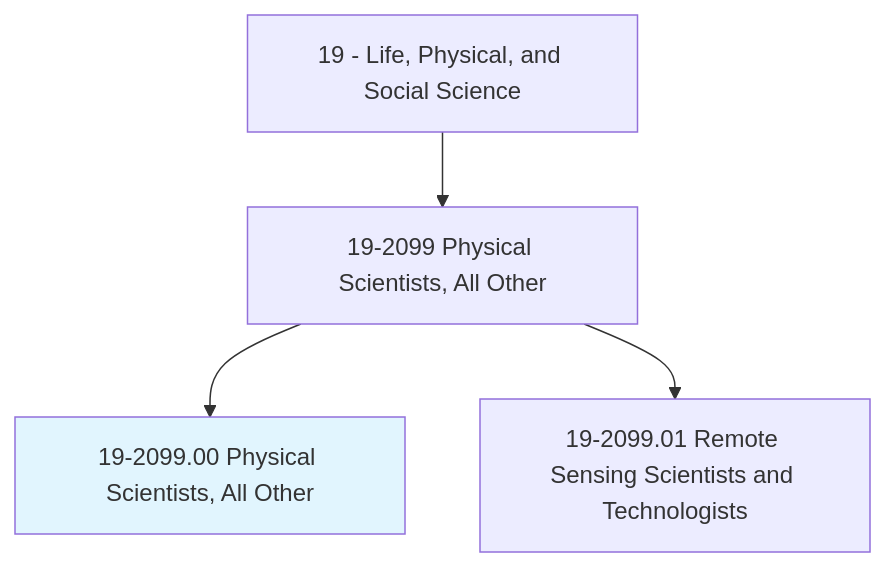
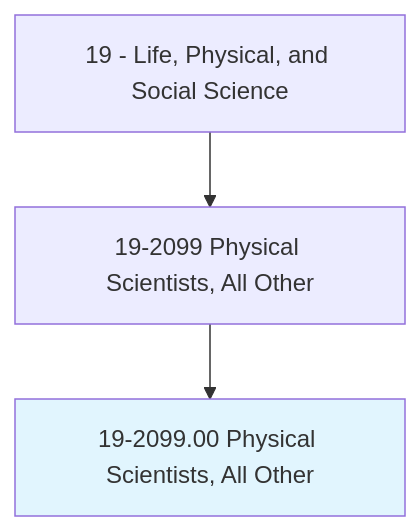
Before and after one commit to kziemski/business.org.ai: the first of 4 diagrams in occupations/Science/PhysicalScientists.mdx, drawn with Mermaid. The commit also changed other lines of this file and 938 other files, not shown here.

````diff
--- a/occupations/Science/PhysicalScientists.mdx
+++ b/occupations/Science/PhysicalScientists.mdx
@@ -19,7 +23,6 @@
 ```mermaid
 graph TD
     Cat19["19 - Life, Physical, and Social Science"] --> Group192099["19-2099 Physical Scientists, All Other"]
     Group192099 --> Current["19-2099.00 Physical Scientists, All Other"]
     style Current fill:#e1f5fe
-    Group192099 --> V19209901["19-2099.01 Remote Sensing Scientists and Technologists"]
 ```
````
